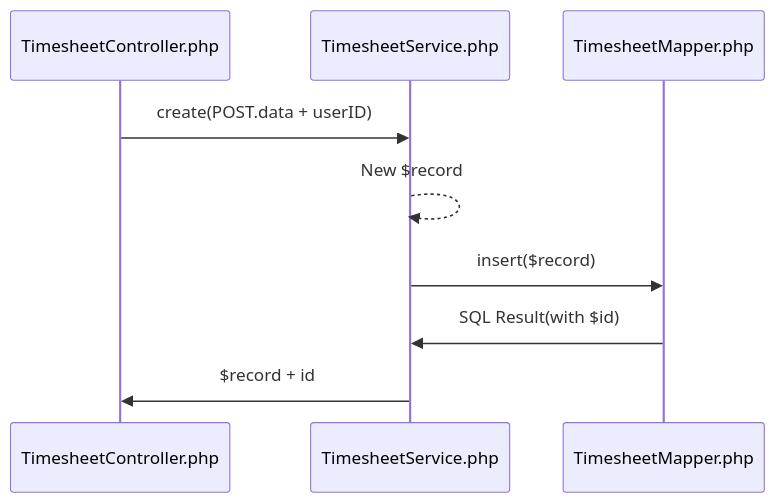
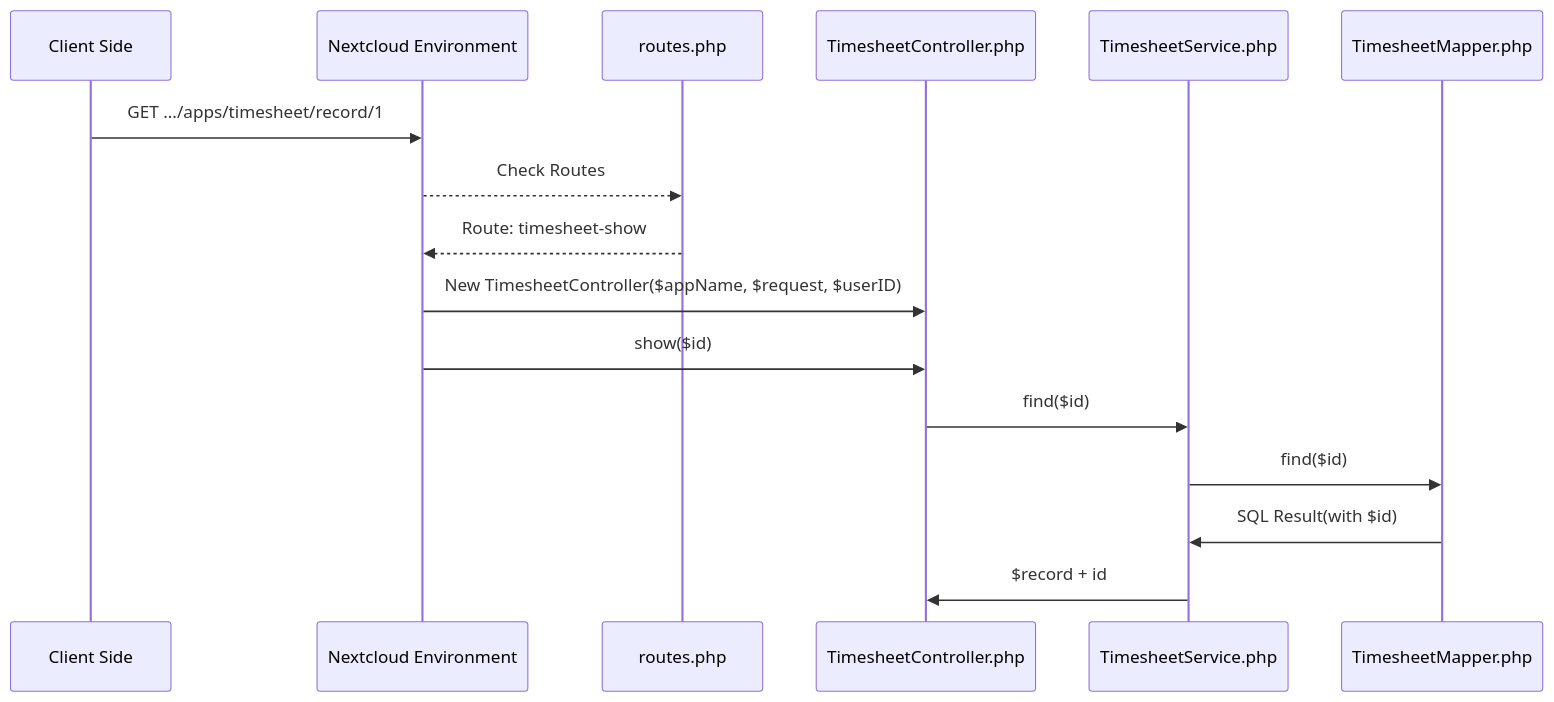
One commit to ChrisHoyer/NextCloud_Timesheet changed the fifth of 5 diagrams in documentation/Skeleton.md. Above: the diagram before and after it, drawn with Mermaid. The commit also changed 24 other files, not shown here.

````diff
--- a/documentation/Skeleton.md
+++ b/documentation/Skeleton.md
@@ -90,8 +90,14 @@
 ```mermaid
 sequenceDiagram
-    TimesheetController.php->>TimesheetService.php: create(POST.data + userID)
-    TimesheetService.php-->>TimesheetService.php: New $record
-    TimesheetService.php->>TimesheetMapper.php: insert($record)
+    participant Client Side
+    participant Nextcloud Environment
+    Client Side->>Nextcloud Environment: GET .../apps/timesheet/record/1
+    Nextcloud Environment-->>routes.php: Check Routes
+    routes.php-->>Nextcloud Environment: Route: timesheet-show
+    Nextcloud Environment->>TimesheetController.php: New TimesheetController($appName, $request, $userID)
+    Nextcloud Environment->>TimesheetController.php: show($id)
+    TimesheetController.php->>TimesheetService.php: find($id)
+    TimesheetService.php->>TimesheetMapper.php: find($id)
     TimesheetMapper.php->>TimesheetService.php: SQL Result(with $id)
     TimesheetService.php->>TimesheetController.php: $record + id
 ```
````
